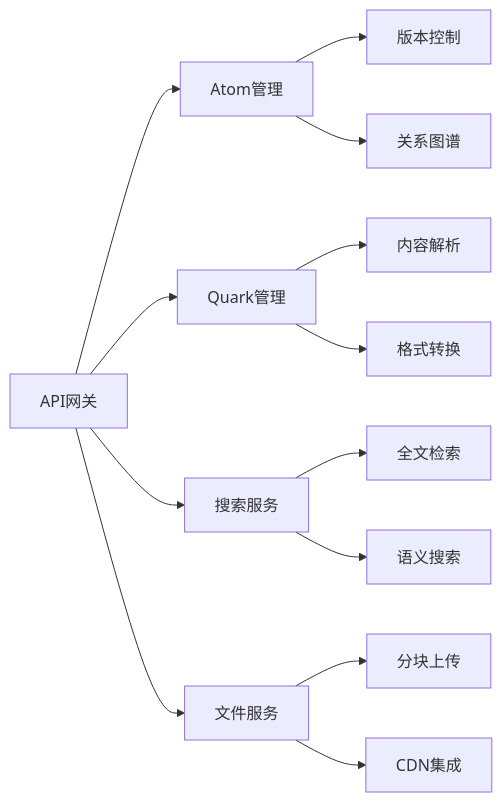
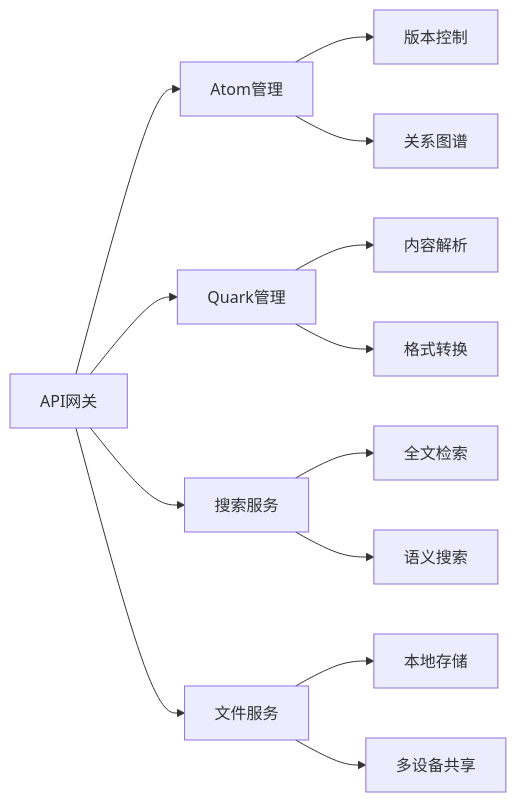
One commit to tridelta/Capsule changed the second of 2 diagrams in architect.md. Above: the diagram before and after it, drawn with Mermaid.

Commit message:
更新architect.md，修改本地存储和多设备共享的架构图

````diff
--- a/architect.md
+++ b/architect.md
@@ -14,15 +14,15 @@
 ```mermaid
 graph LR
     A[API网关] --> B[Atom管理]
     A --> C[Quark管理]
     A --> D[搜索服务]
     A --> E[文件服务]
     B --> F[版本控制]
     B --> G[关系图谱]
     C --> H[内容解析]
     C --> I[格式转换]
     D --> J[全文检索]
     D --> K[语义搜索]
-    E --> L[分块上传]
-    E --> M[CDN集成]
+    E --> L[本地存储]
+    E --> M[多设备共享]
 ```
````
